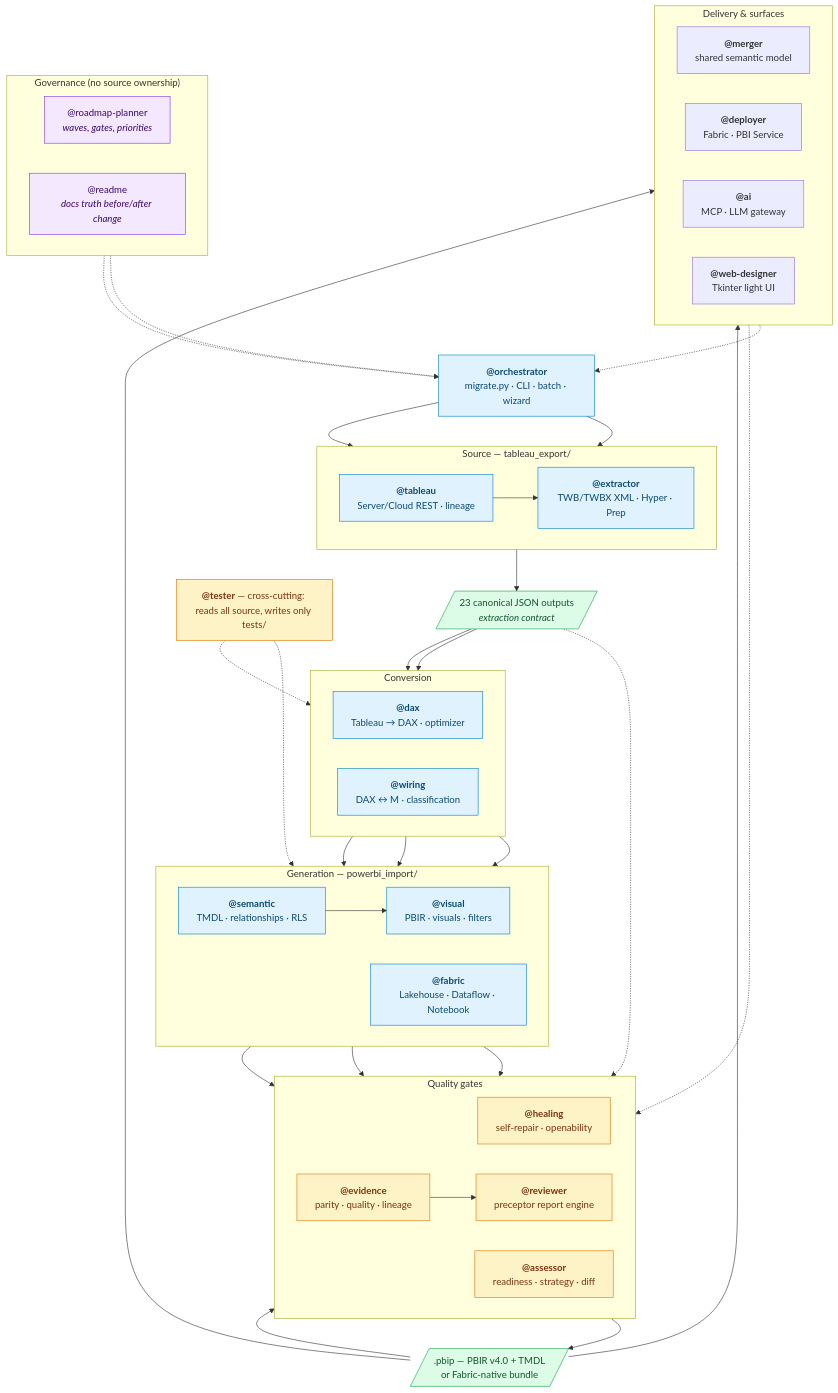
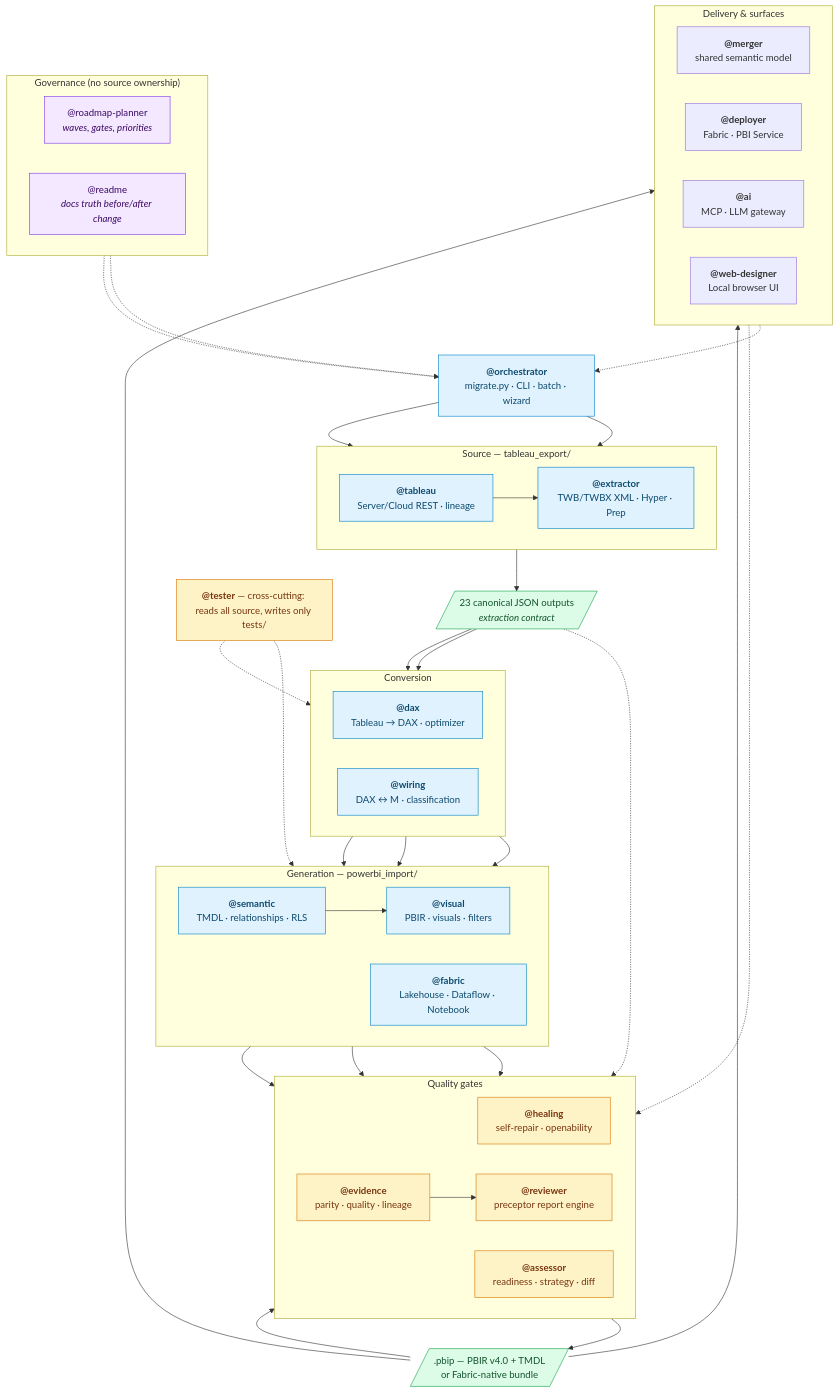
Before and after one commit to cyphou/TableauToPowerBI: the first of 2 diagrams in docs/AGENTS.md, drawn with Mermaid. The commit also changed other lines of this file and 27 other files, not shown here.

Commit message:
Add local browser migration UI and remove desktop app

````diff
--- a/docs/AGENTS.md
+++ b/docs/AGENTS.md
@@ -46,78 +46,78 @@
 ```mermaid
 flowchart TB
     subgraph GOV["Governance (no source ownership)"]
         direction LR
         PLAN["@roadmap-planner<br/><i>waves, gates, priorities</i>"]
         DOCS["@readme<br/><i>docs truth before/after change</i>"]
     end
 
     ORCH["<b>@orchestrator</b><br/>migrate.py · CLI · batch · wizard"]
 
     subgraph SRC["Source — tableau_export/"]
         direction LR
         EXT["<b>@extractor</b><br/>TWB/TWBX XML · Hyper · Prep"]
         TAB["<b>@tableau</b><br/>Server/Cloud REST · lineage"]
     end
 
     JSON[/"23 canonical JSON outputs<br/><i>extraction contract</i>"/]
 
     subgraph CONV["Conversion"]
         direction LR
         DAX["<b>@dax</b><br/>Tableau → DAX · optimizer"]
         WIR["<b>@wiring</b><br/>DAX ↔ M · classification"]
     end
 
     subgraph GEN["Generation — powerbi_import/"]
         direction LR
         SEM["<b>@semantic</b><br/>TMDL · relationships · RLS"]
         VIS["<b>@visual</b><br/>PBIR · visuals · filters"]
         FAB["<b>@fabric</b><br/>Lakehouse · Dataflow · Notebook"]
     end
 
     subgraph QUAL["Quality gates"]
         direction LR
         HEAL["<b>@healing</b><br/>self-repair · openability"]
         EVI["<b>@evidence</b><br/>parity · quality · lineage"]
         ASS["<b>@assessor</b><br/>readiness · strategy · diff"]
         REV["<b>@reviewer</b><br/>preceptor report engine"]
     end
 
     subgraph DELIV["Delivery & surfaces"]
         direction LR
         MRG["<b>@merger</b><br/>shared semantic model"]
         DEP["<b>@deployer</b><br/>Fabric · PBI Service"]
         AI["<b>@ai</b><br/>MCP · LLM gateway"]
-        WEBD["<b>@web-designer</b><br/>Tkinter light UI"]
+        WEBD["<b>@web-designer</b><br/>Local browser UI"]
     end
 
     OUT[/".pbip — PBIR v4.0 + TMDL<br/>or Fabric-native bundle"/]
     TEST["<b>@tester</b> — cross-cutting: reads all source, writes only tests/"]
 
     PLAN -.-> ORCH
     DOCS -.-> ORCH
     ORCH --> EXT & TAB
     TAB --> EXT
     EXT --> JSON
     JSON --> DAX & WIR
     DAX --> SEM
     WIR --> SEM & FAB
     SEM --> VIS
     SEM & VIS & FAB --> HEAL
     HEAL --> OUT
     OUT --> EVI --> REV
     JSON -.-> ASS
     OUT --> MRG & DEP
     AI -.-> EVI
     WEBD -.-> ORCH
     TEST -.-> GEN
     TEST -.-> CONV
 
     classDef gov fill:#f3e8ff,stroke:#7c3aed,color:#3b0764
     classDef core fill:#e0f2fe,stroke:#0284c7,color:#0c4a6e
     classDef gate fill:#fef3c7,stroke:#d97706,color:#78350f
     classDef art fill:#dcfce7,stroke:#16a34a,color:#14532d
     class PLAN,DOCS gov
     class ORCH,EXT,TAB,DAX,WIR,SEM,VIS,FAB core
     class HEAL,EVI,ASS,REV,TEST gate
     class JSON,OUT art
 ```
````
